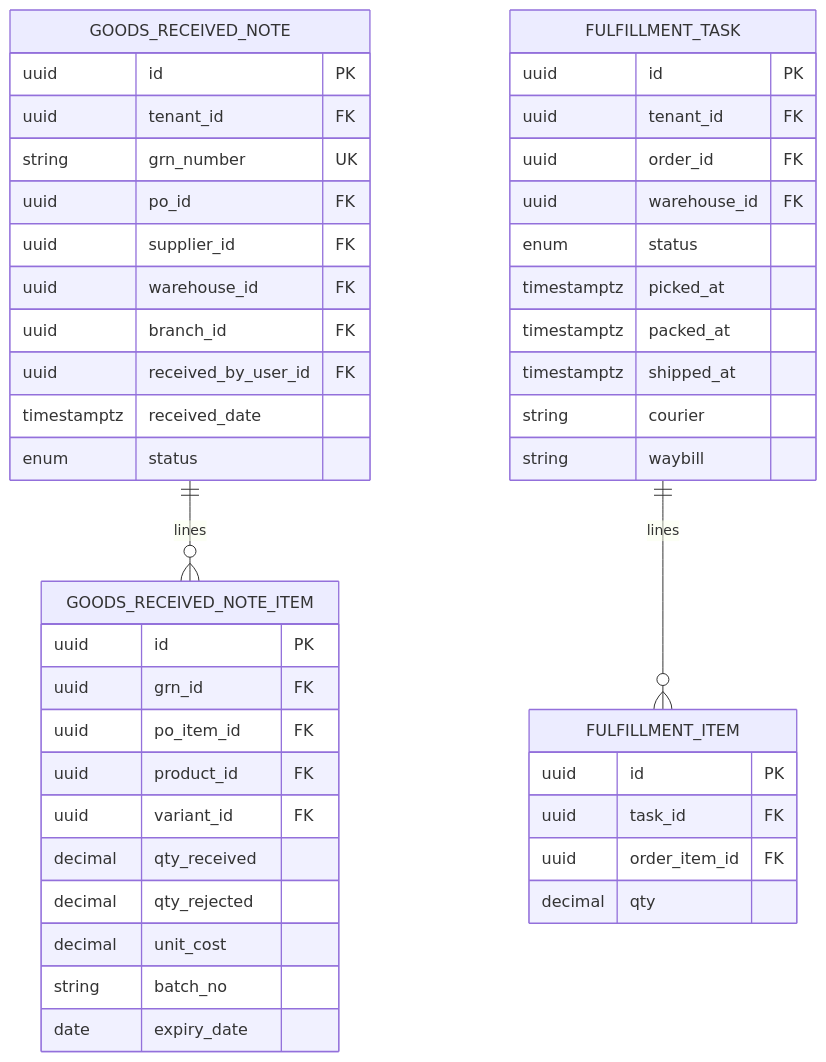
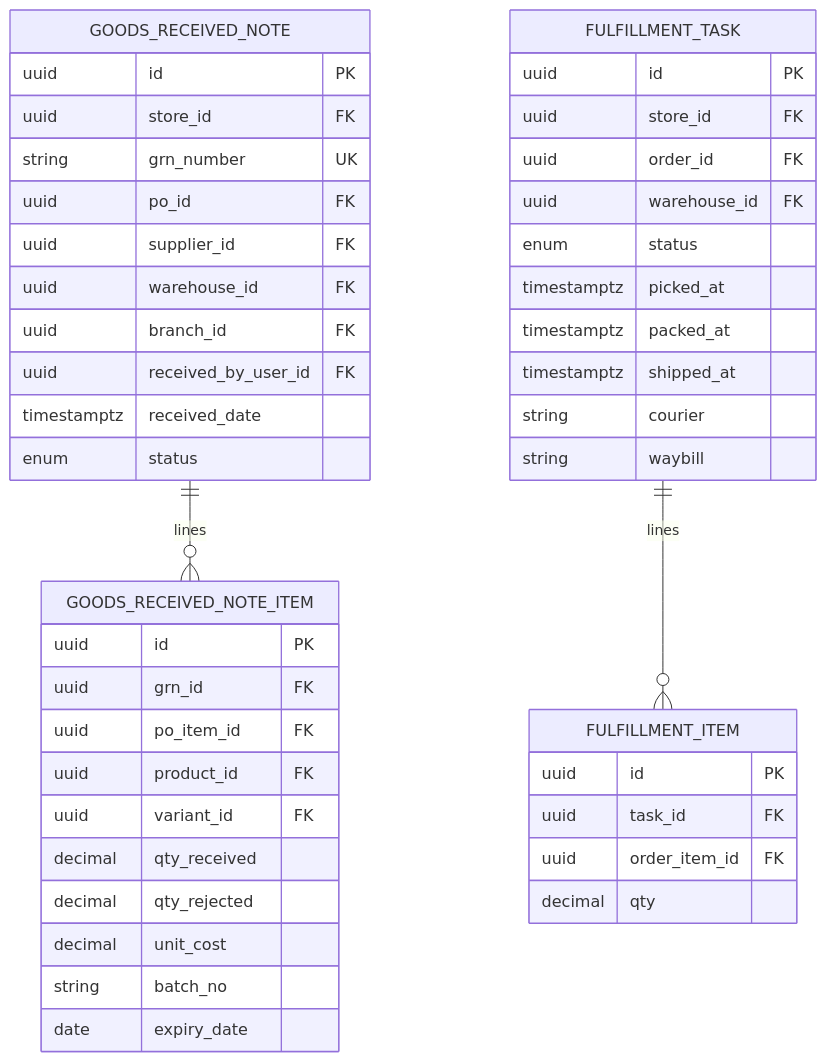
One commit to gowtamkumar/eCommerce-multi-store-saas-erp changed diagram 13 of 14 in doc/system-design/erp_master_database_design.md. Above: the diagram before and after it, drawn with Mermaid. The commit also changed other lines of this file and 764 other files, not shown here.

````diff
--- a/doc/system-design/erp_master_database_design.md
+++ b/doc/system-design/erp_master_database_design.md
@@ -1256,48 +1256,48 @@
 ```mermaid
 erDiagram
   GOODS_RECEIVED_NOTE {
     uuid id PK
-    uuid tenant_id FK
+    uuid store_id FK
     string grn_number UK
     uuid po_id FK
     uuid supplier_id FK
     uuid warehouse_id FK
     uuid branch_id FK
     uuid received_by_user_id FK
     timestamptz received_date
     enum status
   }
   GOODS_RECEIVED_NOTE_ITEM {
     uuid id PK
     uuid grn_id FK
     uuid po_item_id FK
     uuid product_id FK
     uuid variant_id FK
     decimal qty_received
     decimal qty_rejected
     decimal unit_cost
     string batch_no
     date expiry_date
   }
   FULFILLMENT_TASK {
     uuid id PK
-    uuid tenant_id FK
+    uuid store_id FK
     uuid order_id FK
     uuid warehouse_id FK
     enum status
     timestamptz picked_at
     timestamptz packed_at
     timestamptz shipped_at
     string courier
     string waybill
   }
   FULFILLMENT_ITEM {
     uuid id PK
     uuid task_id FK
     uuid order_item_id FK
     decimal qty
   }
 
   GOODS_RECEIVED_NOTE ||--o{ GOODS_RECEIVED_NOTE_ITEM : "lines"
   FULFILLMENT_TASK ||--o{ FULFILLMENT_ITEM            : "lines"
 ```
````
